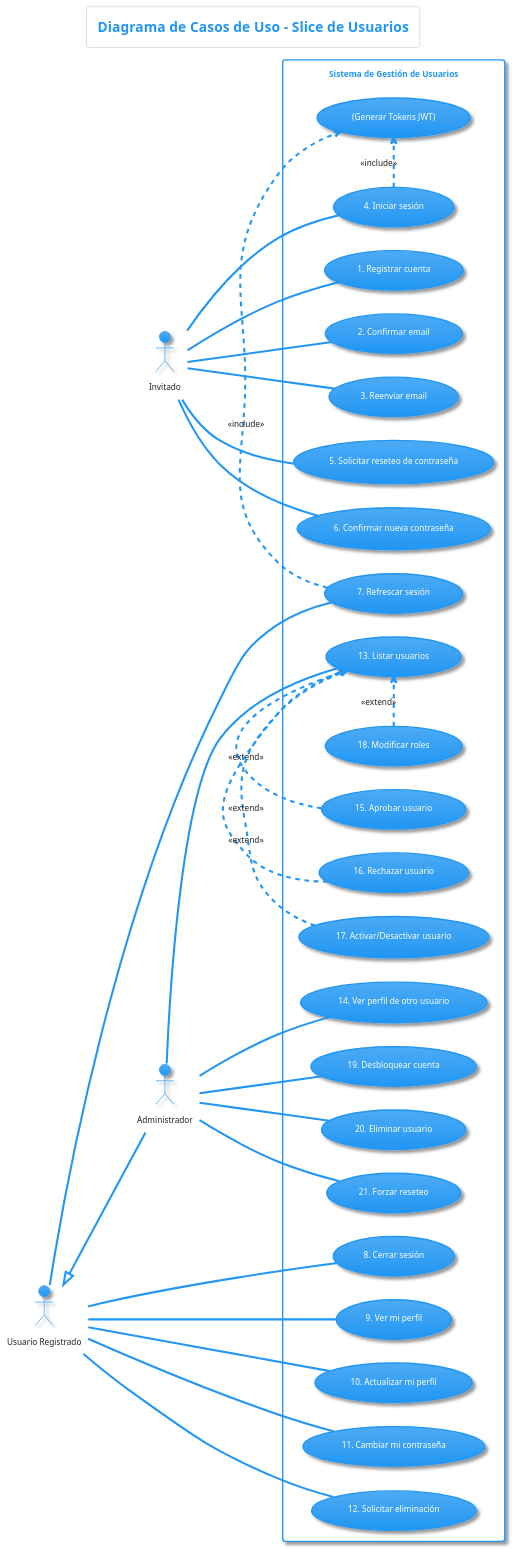
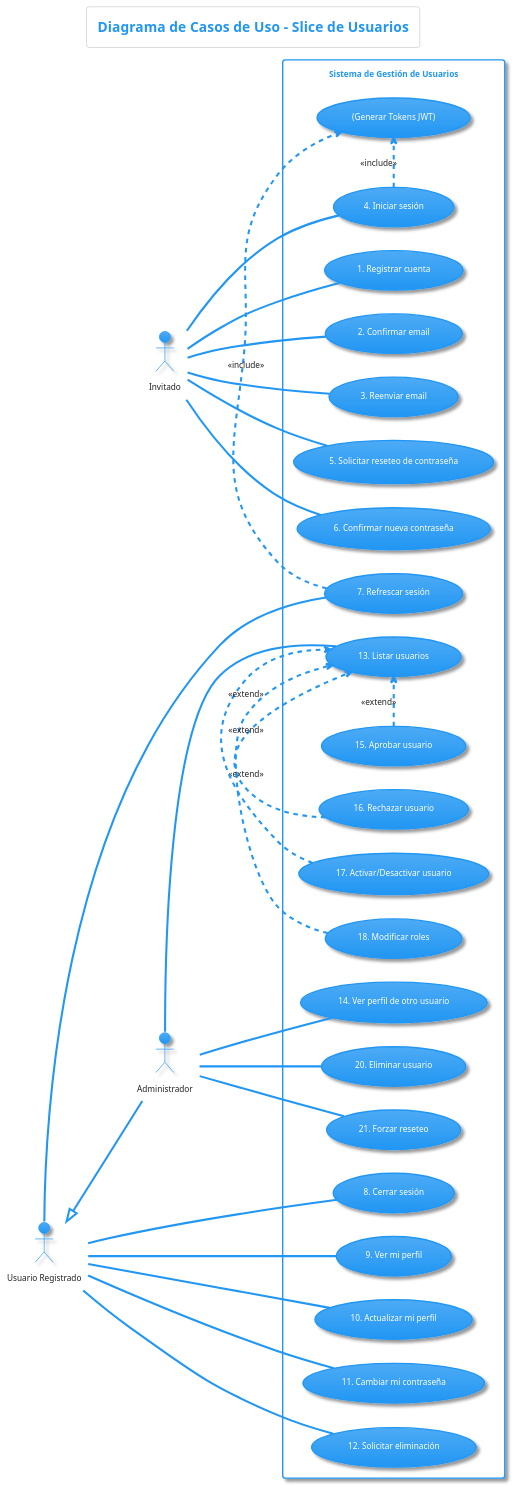
Before and after one commit to seglion/Proyecto_A_Fervenza_Tinta: the second of 22 diagrams in diagrama_users.md, drawn with PlantUML. The commit also changed other lines of this file and 48 other files, not shown here.

````diff
--- a/diagrama_users.md
+++ b/diagrama_users.md
@@ -113,80 +91,78 @@
 ```plantUML
 
 @startuml
 !theme materia
 ' Título del Diagrama
 title Diagrama de Casos de Uso  - Slice de Usuarios
 left to right direction
 ' Definición de Actores
 actor Invitado
 actor "Usuario Registrado" as User
 actor Administrador
 
 ' Definición de Herencia
 User <|-- Administrador
 
 ' Contenedor del Sistema
 rectangle "Sistema de Gestión de Usuarios" {
   ' --- Casos de Uso Principales ---
   usecase UC1 as "1. Registrar cuenta"
   usecase UC2 as "2. Confirmar email"
   usecase UC3 as "3. Reenviar email"
   usecase UC4 as "4. Iniciar sesión"
   usecase UC5 as "5. Solicitar reseteo de contraseña"
   usecase UC6 as "6. Confirmar nueva contraseña"
   usecase UC7 as "7. Refrescar sesión"
   usecase UC8 as "8. Cerrar sesión"
   usecase UC9 as "9. Ver mi perfil"
   usecase UC10 as "10. Actualizar mi perfil"
   usecase UC11 as "11. Cambiar mi contraseña"
   usecase UC12 as "12. Solicitar eliminación"
   usecase UC13 as "13. Listar usuarios"
   usecase UC14 as "14. Ver perfil de otro usuario"
   usecase UC15 as "15. Aprobar usuario"
   usecase UC16 as "16. Rechazar usuario"
   usecase UC17 as "17. Activar/Desactivar usuario"
   usecase UC18 as "18. Modificar roles"
-  usecase UC19 as "19. Desbloquear cuenta"
-  usecase UC20 as "20. Eliminar usuario"
-  usecase UC21 as "21. Forzar reseteo"
+  usecase UC19 as "20. Eliminar usuario"
+  usecase UC20 as "21. Forzar reseteo"
 
   ' --- Casos de Uso Técnicos / Reutilizables ---
   usecase GenJWT as "(Generar Tokens JWT)"
 
   ' --- Asociaciones de Actores ---
   Invitado -- UC1
   Invitado -- UC2
   Invitado -- UC3
   Invitado -- UC4
   Invitado -- UC5
   Invitado -- UC6
 
   User -- UC7
   User -- UC8
   User -- UC9
   User -- UC10
   User -- UC11
   User -- UC12
 
   Administrador -- UC13
   Administrador -- UC14
   Administrador -- UC19
   Administrador -- UC20
-  Administrador -- UC21
 
   ' --- Relaciones <<include>> ---
   ' Iniciar sesión y Refrescar sesión DEBEN generar tokens.
   UC4 .> GenJWT : <<include>>
   UC7 .> GenJWT : <<include>>
 
 
   ' --- Relaciones <<extend>> ---
   ' Desde la lista de usuarios, el admin OPCIONALMENTE
   ' puede realizar estas acciones.
   UC15 .> UC13 : <<extend>>
   UC16 .> UC13 : <<extend>>
   UC17 .> UC13 : <<extend>>
   UC18 .> UC13 : <<extend>>
 }
 @enduml
 ```
````
